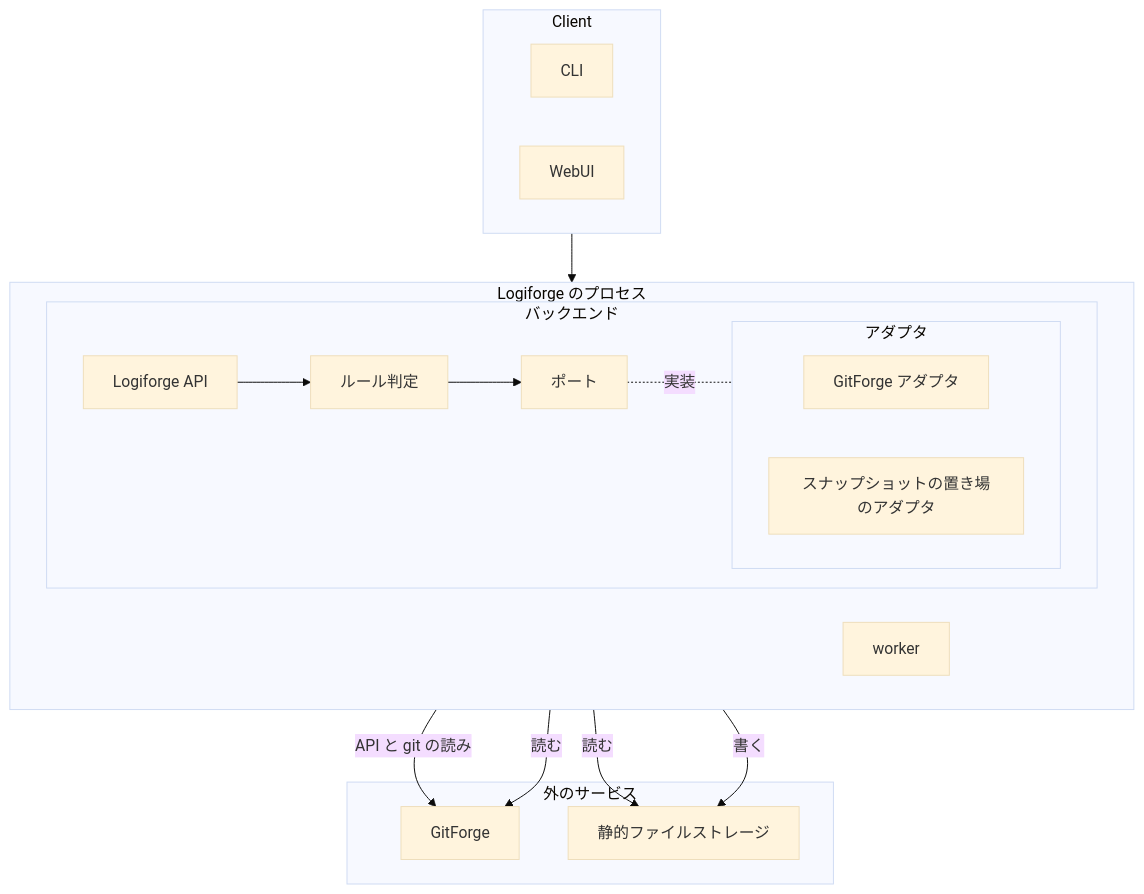
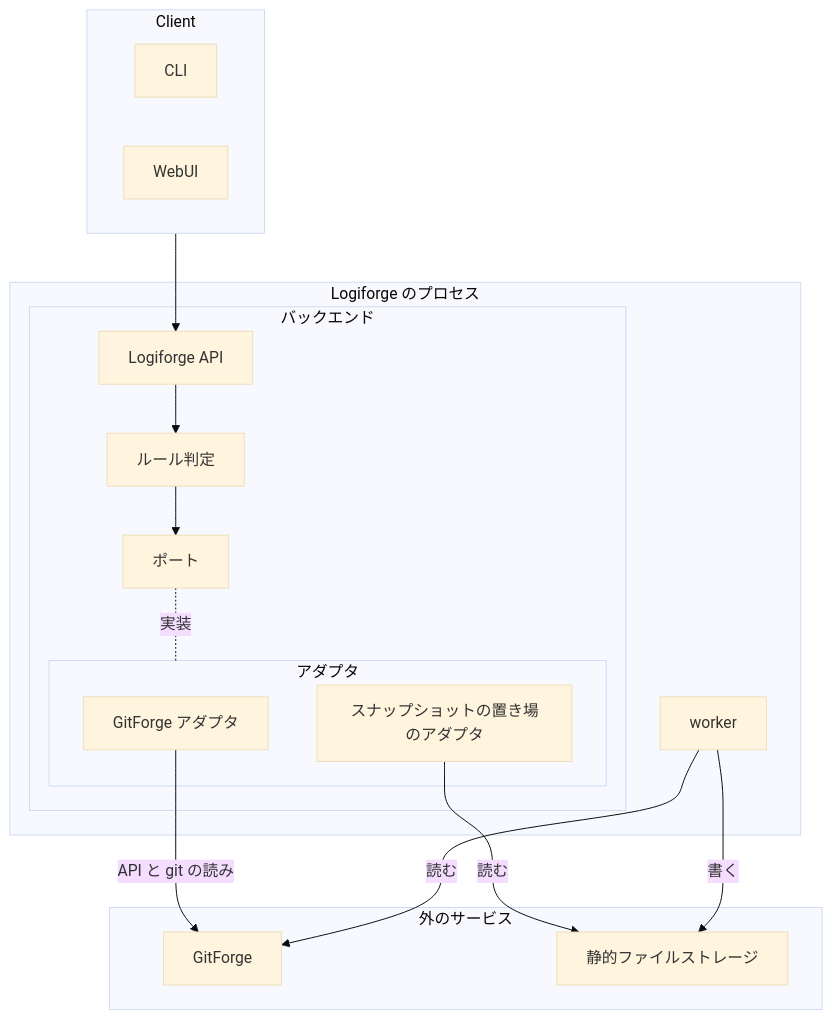
Before and after one commit to yamambainc/logiforge: the diagram in design/architecture.md, drawn with Mermaid (base theme). The commit also changed 16 other files, not shown here.

````diff
--- a/design/architecture.md
+++ b/design/architecture.md
@@ -8,32 +8,31 @@
 ```mermaid
 flowchart TB
   subgraph CL["Client"]
     CLI["CLI"]
     WEB["WebUI"]
   end
   subgraph LP["Logiforge のプロセス"]
-    direction LR
     subgraph BE["バックエンド"]
       API["Logiforge API"]
       RULE["ルール判定"]
       PT["ポート"]
       subgraph AD["アダプタ"]
         FA["GitForge アダプタ"]
         SSA["スナップショットの置き場のアダプタ"]
       end
     end
     W["worker"]
   end
   subgraph EX["外のサービス"]
     FG["GitForge"]
     OBJ["静的ファイルストレージ"]
   end
   CL --> API
   API --> RULE
   RULE --> PT
   PT -.-|実装| AD
   FA -->|API と git の読み| FG
   SSA -->|読む| OBJ
   W -->|読む| FG
   W -->|書く| OBJ
 ```
````
